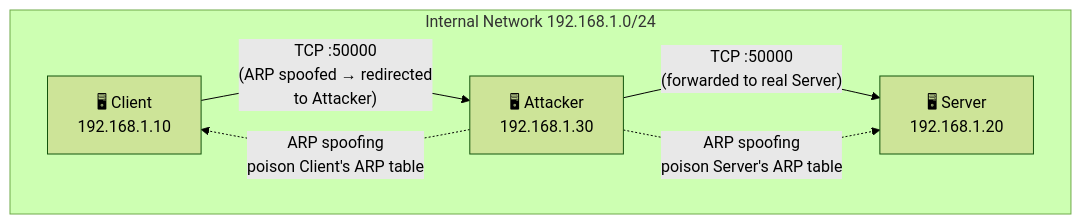
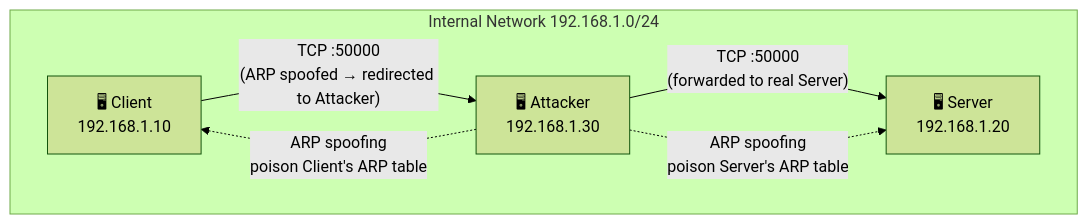
Before and after one commit to hanbo-fan/diffie-hellman-mitm-attack-demo: the third of 3 diagrams in README.md, drawn with Mermaid (forest theme). The commit also changed other lines of this file, not shown here.

````diff
--- a/README.md
+++ b/README.md
@@ -118,13 +118,13 @@
 ```mermaid
 graph TD
     subgraph Internal Network 192.168.1.0/24
         C["🖥 Client<br/>192.168.1.10"]
         S["🖥 Server<br/>192.168.1.20"]
         M["🖥 Attacker<br/>192.168.1.30"]
     end
 
-    C -- "TCP :50000<br/>(ARP spoofed → redirected <br/>to Attacker)" --> M
+    C -- "TCP :50000<br/>(ARP spoofed → redirected to Attacker)" --> M
     M -- "TCP :50000<br/>(forwarded to real Server)" --> S
     M -. "ARP spoofing<br/>poison Client's ARP table" .-> C
     M -. "ARP spoofing<br/>poison Server's ARP table" .-> S
 ```
````
